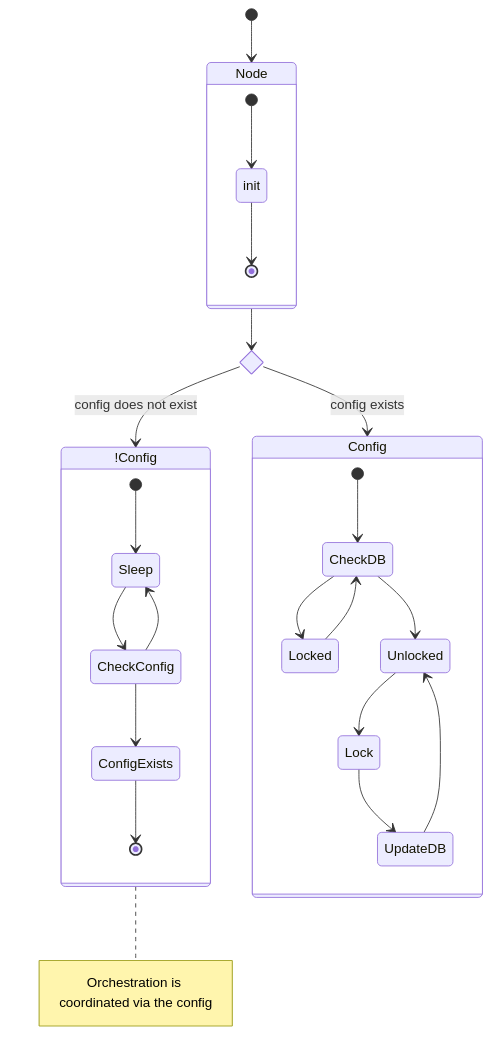
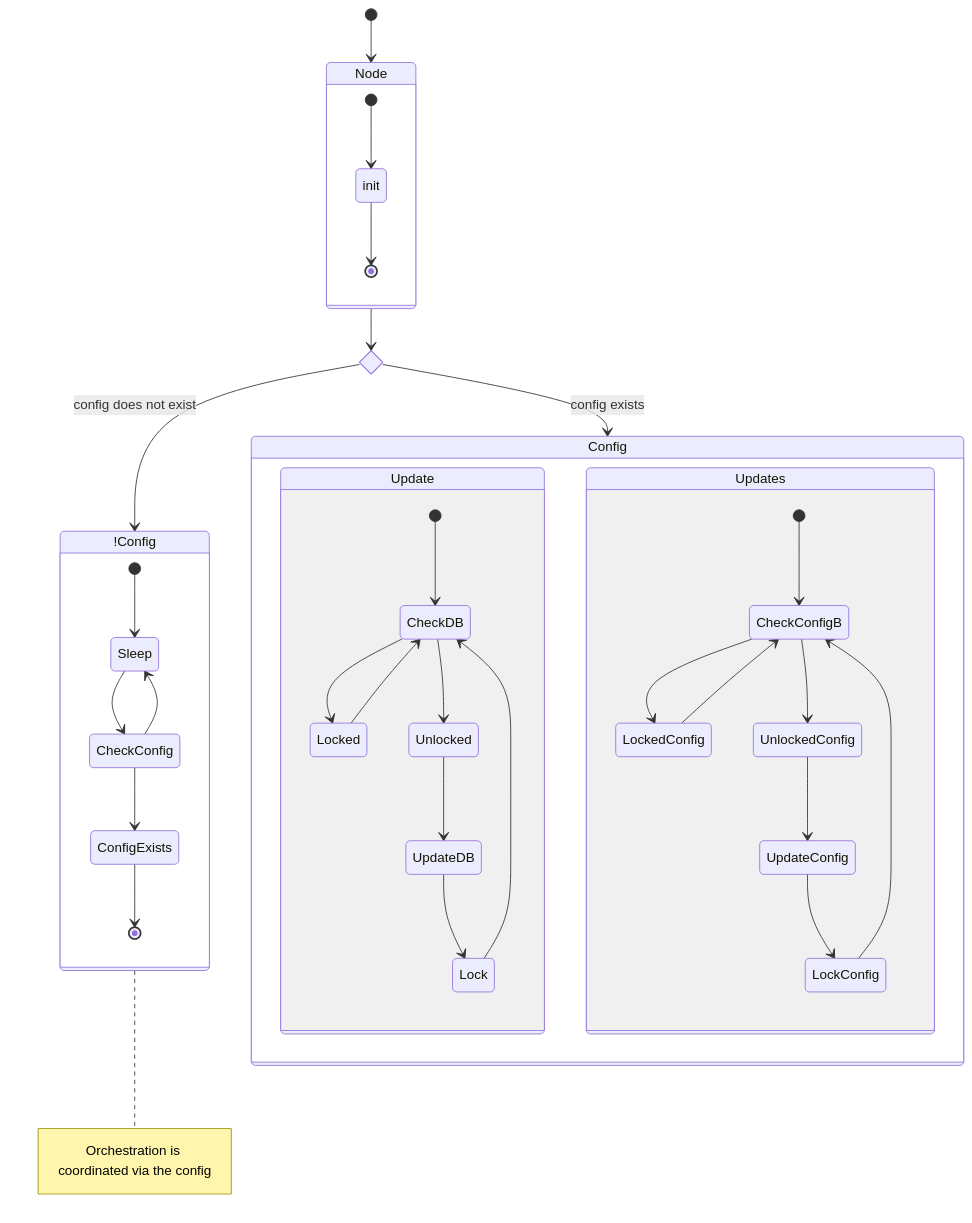
The diagram in docs/src/architecture/08_concepts/gateway/mechanics.md (input-output-hk/catalyst-voices), drawn with Mermaid before and after one commit.

Commit message:
docs(skeleton for gateway follower): initial napkin sketches

````diff
--- a/docs/src/architecture/08_concepts/gateway/mechanics.md
+++ b/docs/src/architecture/08_concepts/gateway/mechanics.md
@@ -7,37 +7,49 @@
 ```mermaid
   stateDiagram-v2
     state if_state <<choice>>
     [*] --> Node
     Node -->if_state
     if_state --> !Config: config does not exist
     if_state --> Config : config exists
 
 
     note right of !Config
             Orchestration is coordinated via the config
         end note
 
     state Node {
         [*] --> init
         init --> [*]
     }
     state Config {
+        
+        State Update{
         [*] --> CheckDB
         CheckDB --> Locked
         Locked --> CheckDB
         CheckDB --> Unlocked
-        Unlocked --> Lock
-        Lock --> UpdateDB
-        UpdateDB --> Unlocked
+        Unlocked --> UpdateDB
+        Lock --> CheckDB
+        UpdateDB --> Lock
+        }
+
+        State Updates{
+        [*] --> CheckConfigB
+        CheckConfigB --> LockedConfig
+        LockedConfig --> CheckConfigB
+        CheckConfigB --> UnlockedConfig
+        UnlockedConfig --> UpdateConfig
+        LockConfig --> CheckConfigB
+        UpdateConfig --> LockConfig
+        }
        
     }
 
     state !Config {
         [*] --> Sleep
         Sleep --> CheckConfig
         CheckConfig --> Sleep
         CheckConfig --> ConfigExists
         ConfigExists --> [*]        
     }
-
 ```
````
